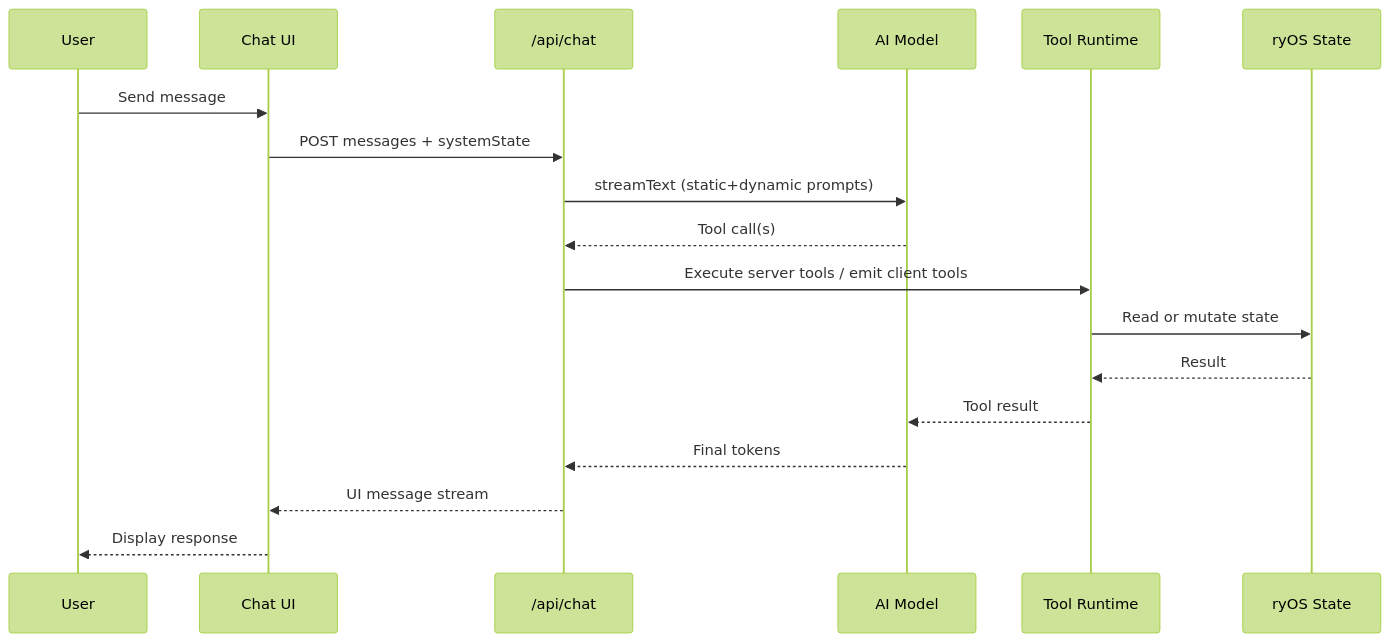
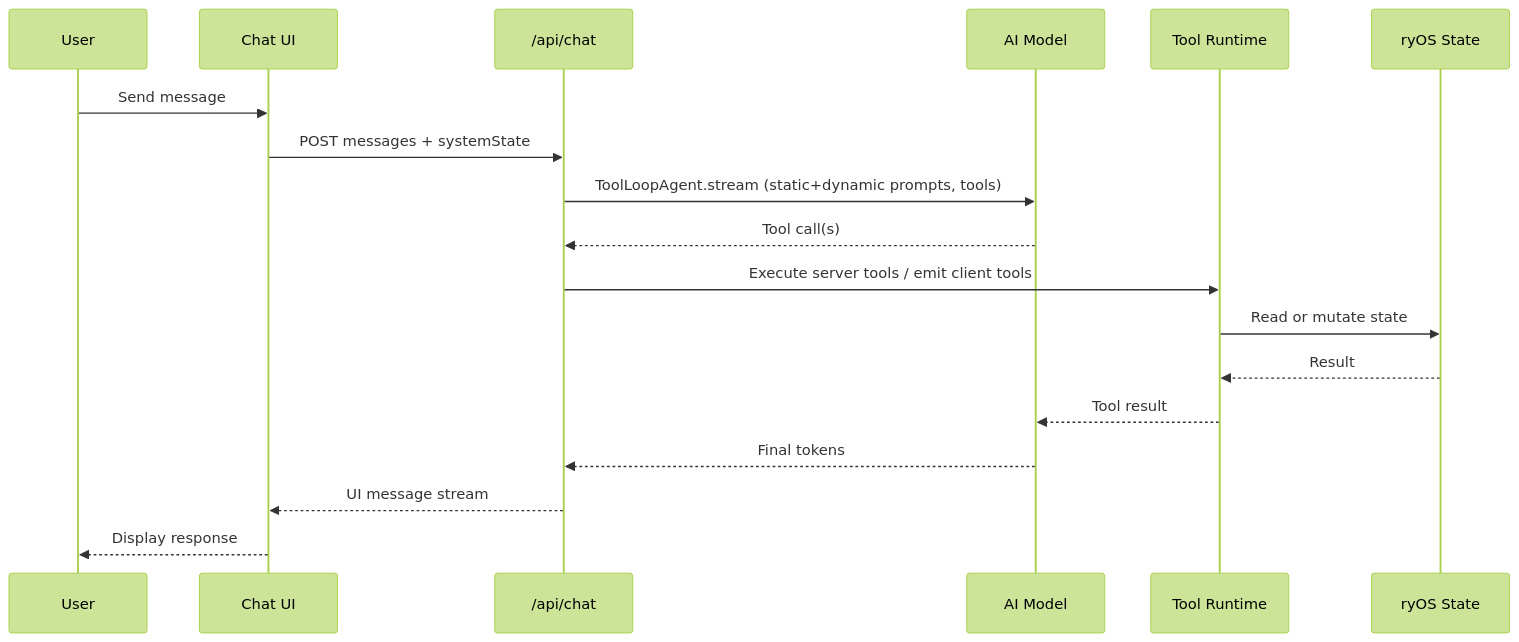
The second of 3 diagrams in docs/4-ai-system.md (ryokun6/ryos), drawn with Mermaid (forest theme) before and after one commit. The commit also changed other lines of this file and 31 other files, not shown here.

````diff
--- a/docs/4-ai-system.md
+++ b/docs/4-ai-system.md
@@ -91,21 +91,21 @@
 ```mermaid
 sequenceDiagram
     participant U as User
     participant C as Chat UI
     participant API as /api/chat
     participant M as AI Model
     participant T as Tool Runtime
     participant S as ryOS State
 
     U->>C: Send message
     C->>API: POST messages + systemState
-    API->>M: streamText (static+dynamic prompts)
+    API->>M: ToolLoopAgent.stream (static+dynamic prompts, tools)
     M-->>API: Tool call(s)
     API->>T: Execute server tools / emit client tools
     T->>S: Read or mutate state
     S-->>T: Result
     T-->>M: Tool result
     M-->>API: Final tokens
     API-->>C: UI message stream
     C-->>U: Display response
 ```
````
